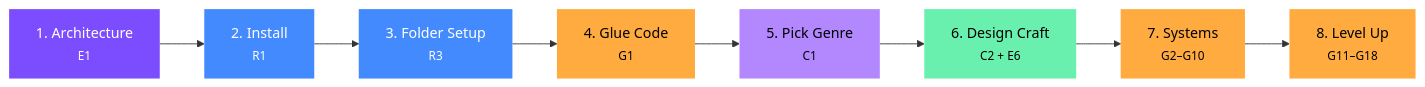
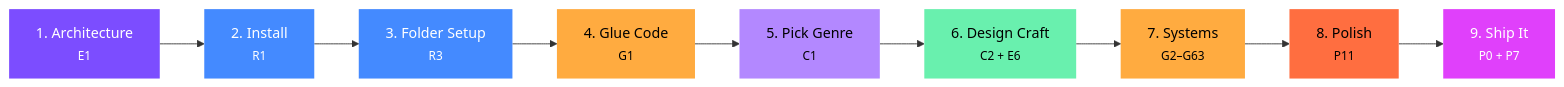
One commit to sbenson2/Universal-2D-Engine-Toolkit changed the diagram in INDEX.md. Above: the diagram before and after it, drawn with Mermaid. The commit also changed other lines of this file, not shown here.

````diff
--- a/INDEX.md
+++ b/INDEX.md
@@ -217,19 +238,21 @@
 ```mermaid
 graph LR
     A["1. Architecture<br/><small>E1</small>"] --> B["2. Install<br/><small>R1</small>"]
     B --> C["3. Folder Setup<br/><small>R3</small>"]
     C --> D["4. Glue Code<br/><small>G1</small>"]
     D --> E["5. Pick Genre<br/><small>C1</small>"]
     E --> F["6. Design Craft<br/><small>C2 + E6</small>"]
-    F --> G["7. Systems<br/><small>G2–G10</small>"]
-    G --> H["8. Level Up<br/><small>G11–G18</small>"]
+    F --> G["7. Systems<br/><small>G2–G63</small>"]
+    G --> H["8. Polish<br/><small>P11</small>"]
+    H --> I["9. Ship It<br/><small>P0 + P7</small>"]
 
     style A fill:#7c4dff,color:#fff,stroke:none
     style B fill:#448aff,color:#fff,stroke:none
     style C fill:#448aff,color:#fff,stroke:none
     style D fill:#ffab40,color:#000,stroke:none
     style E fill:#b388ff,color:#000,stroke:none
     style F fill:#69f0ae,color:#000,stroke:none
     style G fill:#ffab40,color:#000,stroke:none
-    style H fill:#ffab40,color:#000,stroke:none
+    style H fill:#ff6e40,color:#000,stroke:none
+    style I fill:#e040fb,color:#fff,stroke:none
 ```
````
